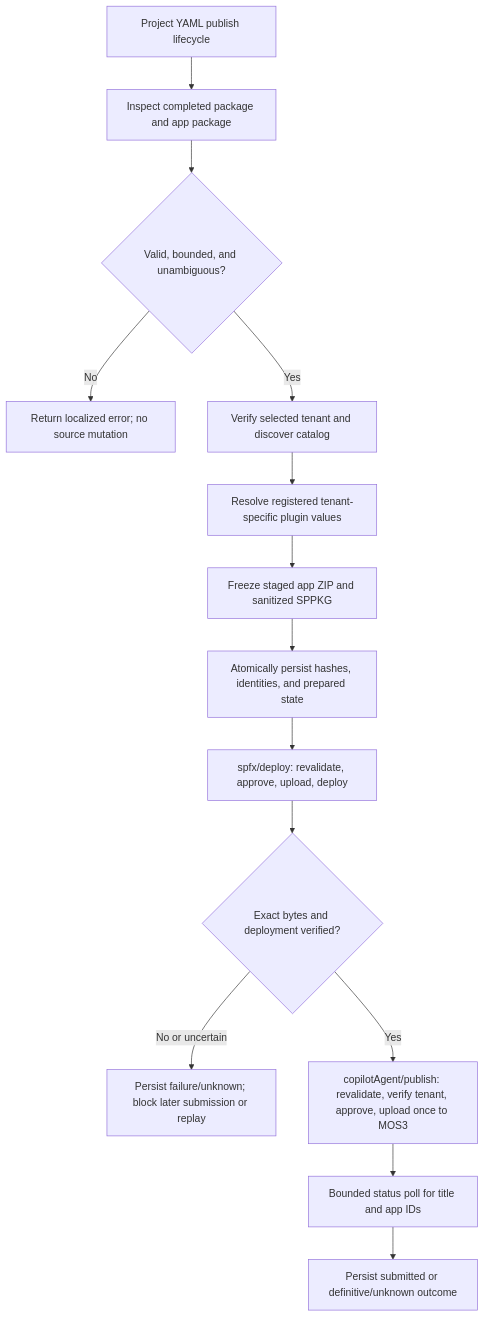
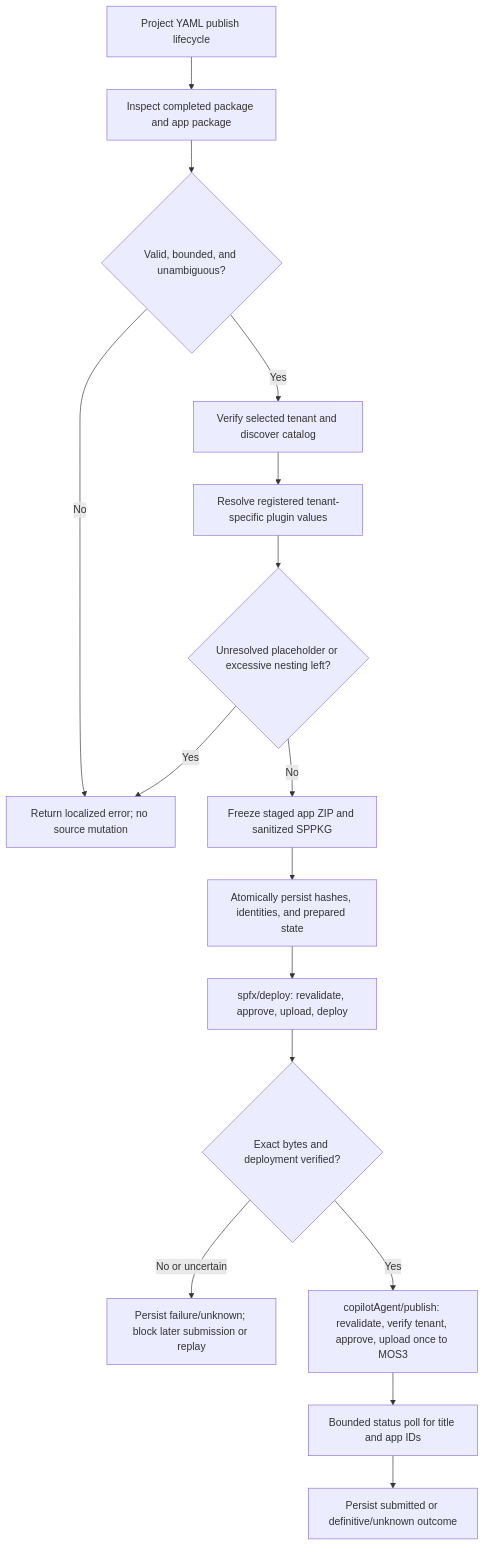
Before and after one commit to OfficeDev/microsoft-365-agents-toolkit: the first of 2 diagrams in docs/03-specs/operations/lifecycle/prepare-spfx-publication.md, drawn with Mermaid. The commit also changed other lines of this file and 9 other files, not shown here.

````diff
--- a/docs/03-specs/operations/lifecycle/prepare-spfx-publication.md
+++ b/docs/03-specs/operations/lifecycle/prepare-spfx-publication.md
@@ -132,16 +137,18 @@
 ```mermaid
 flowchart TD
   Input[Project YAML publish lifecycle] --> Prepare[Inspect completed package and app package]
   Prepare --> Bounds{Valid, bounded, and unambiguous?}
   Bounds -->|No| Fail[Return localized error; no source mutation]
   Bounds -->|Yes| Discover[Verify selected tenant and discover catalog]
   Discover --> Resolve[Resolve registered tenant-specific plugin values]
-  Resolve --> Stage[Freeze staged app ZIP and sanitized SPPKG]
+  Resolve --> Residual{Unresolved placeholder or excessive nesting left?}
+  Residual -->|Yes| Fail
+  Residual -->|No| Stage[Freeze staged app ZIP and sanitized SPPKG]
   Stage --> Journal[Atomically persist hashes, identities, and prepared state]
   Journal --> Deploy[spfx/deploy: revalidate, approve, upload, deploy]
   Deploy --> Verify{Exact bytes and deployment verified?}
   Verify -->|No or uncertain| Hold[Persist failure/unknown; block later submission or replay]
   Verify -->|Yes| Submit[copilotAgent/publish: revalidate, verify tenant, approve, upload once to MOS3]
   Submit --> Poll[Bounded status poll for title and app IDs]
   Poll --> Complete[Persist submitted or definitive/unknown outcome]
 ```
````
